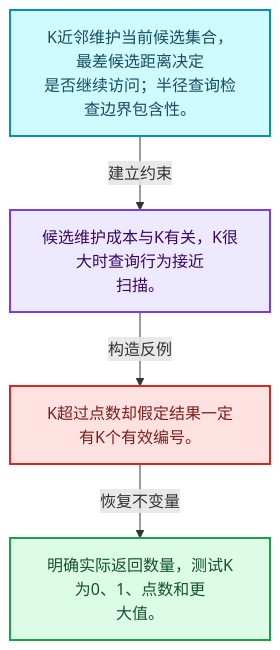
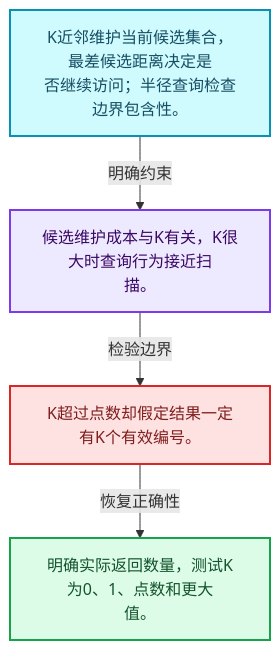
One commit to yunkezengren/blender-.vscode changed the first of 4 diagrams in 杂/markdown/全面学习-codex/12-空间数据结构与几何算法/05-K近邻与范围查询.md. Above: the diagram before and after it, drawn with Mermaid. The commit also changed other lines of this file and 1930 other files, not shown here.

````diff
--- a/杂/markdown/全面学习-codex/12-空间数据结构与几何算法/05-K近邻与范围查询.md
+++ b/杂/markdown/全面学习-codex/12-空间数据结构与几何算法/05-K近邻与范围查询.md
@@ -29,16 +29,16 @@
 ```mermaid
 flowchart TB
-  M["K近邻维护当前候选集合，最差候选距离决定<br/>是否继续访问；半径查询检查边界包含性。"]:::data
-  T["候选维护成本与K有关，K很大时查询行为接近<br/>扫描。"]:::abstraction
-  X["K超过点数却假定结果一定有K个有效编号。"]:::error
-  A["明确实际返回数量，测试K为0、1、点数和更<br/>大值。"]:::result
-  M -->|"建立约束"| T
-  T -->|"构造反例"| X
-  X -->|"恢复不变量"| A
+  M["K近邻维护当前候选集合，最差候选距离决定是<br/>否继续访问；半径查询检查边界包含性。"]:::data
+  C["候选维护成本与K有关，K很大时查询行为接近扫<br/>描。"]:::abstraction
+  B["K超过点数却假定结果一定有K个有效编号。"]:::error
+  R["明确实际返回数量，测试K为0、1、点数和更大<br/>值。"]:::result
+  M -->|"明确约束"| C
+  C -->|"检验边界"| B
+  B -->|"恢复正确性"| R
   classDef input fill:#DBEAFE,stroke:#2563EB,color:#172554,stroke-width:2px;
   classDef data fill:#CFFAFE,stroke:#0891B2,color:#164E63,stroke-width:2px;
   classDef abstraction fill:#EDE9FE,stroke:#7C3AED,color:#3B0764,stroke-width:2px;
   classDef compute fill:#FEF3C7,stroke:#D97706,color:#78350F,stroke-width:2px;
   classDef result fill:#DCFCE7,stroke:#16A34A,color:#14532D,stroke-width:2px;
   classDef error fill:#FEE2E2,stroke:#DC2626,color:#7F1D1D,stroke-width:2px;
 ```
````
